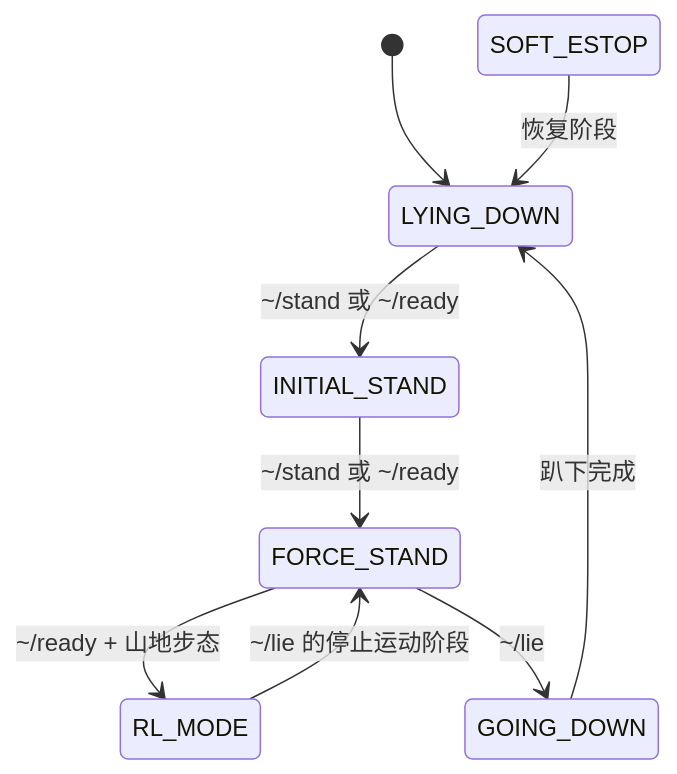
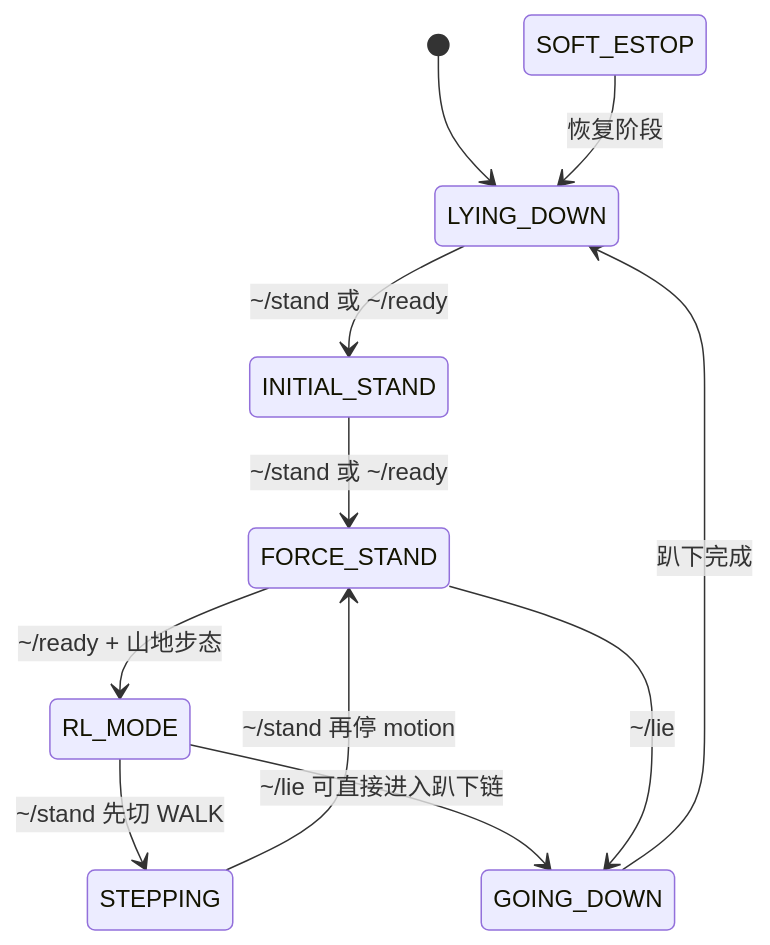
The second of 2 diagrams in README.md (ggbond-control/nav_bridge), drawn with Mermaid before and after one commit. The commit also changed other lines of this file and 6 other files, not shown here.

Commit message:
feat: simplify control ownership flow and update X30 service state transitions

````diff
--- a/README.md
+++ b/README.md
@@ -318,14 +313,16 @@
 ```mermaid
 stateDiagram-v2
     [*] --> LYING_DOWN
 
     LYING_DOWN --> INITIAL_STAND: ~/stand 或 ~/ready
     INITIAL_STAND --> FORCE_STAND: ~/stand 或 ~/ready
     FORCE_STAND --> RL_MODE: ~/ready + 山地步态
 
-    RL_MODE --> FORCE_STAND: ~/lie 的停止运动阶段
+    RL_MODE --> STEPPING: ~/stand 先切 WALK
+    STEPPING --> FORCE_STAND: ~/stand 再停 motion
+    RL_MODE --> GOING_DOWN: ~/lie 可直接进入趴下链
     FORCE_STAND --> GOING_DOWN: ~/lie
     GOING_DOWN --> LYING_DOWN: 趴下完成
 
     SOFT_ESTOP --> LYING_DOWN: 恢复阶段
 ```
````
